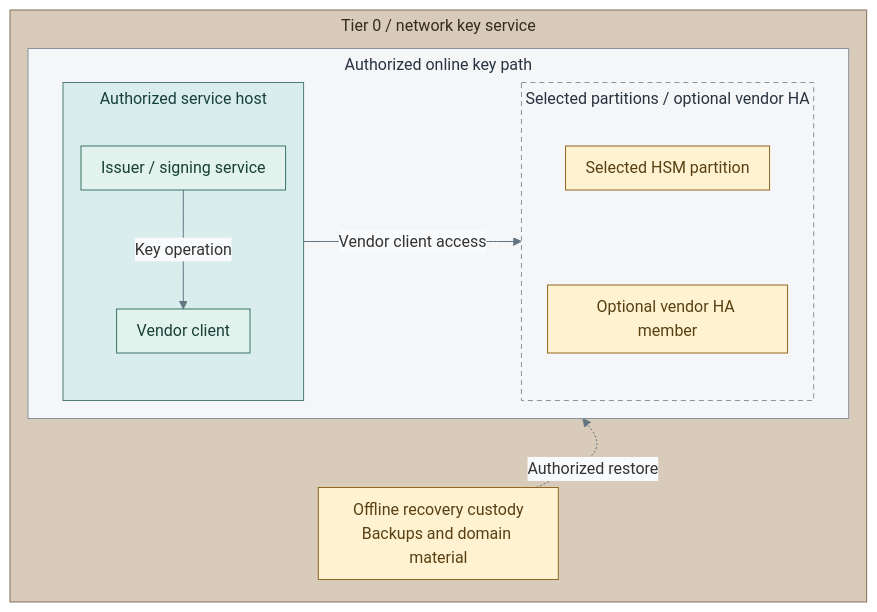
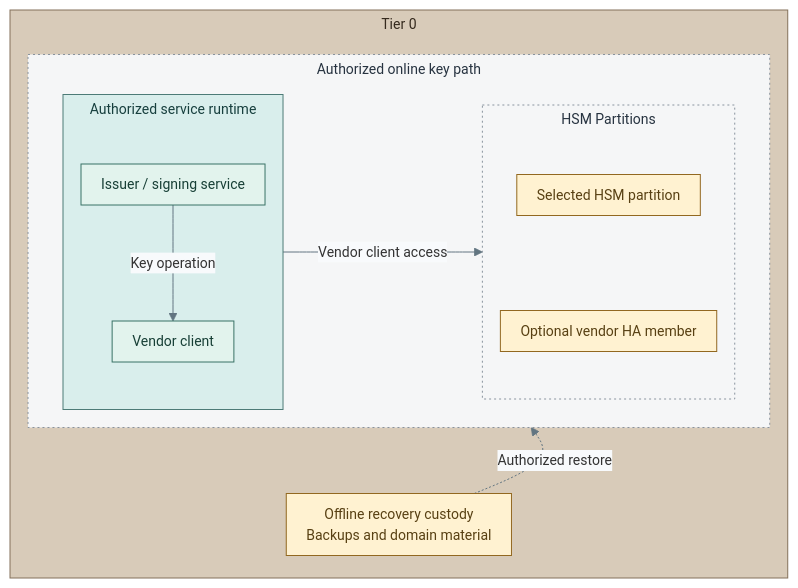
The fourth of 4 diagrams in docs/01-architecture/08-cryptography/03-hsm-selection.md (Rexus/homelab), drawn with Mermaid before and after one commit. The commit also changed other lines of this file and 124 other files, not shown here.

First line of the commit message:
fix(platform): align service diagrams and directory failover

````diff
--- a/docs/01-architecture/08-cryptography/03-hsm-selection.md
+++ b/docs/01-architecture/08-cryptography/03-hsm-selection.md
@@ -155,39 +155,39 @@
 ```mermaid
-%%{init: {"theme":"base","flowchart":{"nodeSpacing":16,"rankSpacing":20,"padding":10,"subGraphTitleMargin":{"top":4,"bottom":12}},"themeVariables":{"lineColor":"#627581","edgeLabelBackground":"#f8fafc"}}}%%
+%%{init: {"theme":"base","flowchart":{"nodeSpacing":16,"rankSpacing":20,"padding":10,"subGraphTitleMargin":{"top":4,"bottom":18}},"themeVariables":{"lineColor":"#627581","edgeLabelBackground":"#f8fafc","fontFamily":"Arial, sans-serif","fontSize":"14px"},"fontFamily":"Arial, sans-serif"}}%%
 flowchart TB
-  subgraph T0["Tier 0 / network key service"]
+  subgraph T0["Tier 0"]
     direction TB
     subgraph Connected["Authorized online key path"]
       direction LR
-      subgraph Host["Authorized service host"]
+      subgraph Runtime["Authorized service runtime"]
         direction TB
         Service["Issuer / signing service"]
         Client["Vendor client"]
         Service -->|Key operation| Client
       end
-      subgraph Appliances["Selected partitions / optional vendor HA"]
+      subgraph Appliances["HSM Partitions"]
         direction TB
         PartitionA["Selected HSM partition"]
         PartitionB["Optional vendor HA member"]
         PartitionA ~~~ PartitionB
       end
-      Host -->|Vendor client access| Appliances
+      Runtime -->|Vendor client access| Appliances
     end
     Recovery["Offline recovery custody<br/>Backups and domain material"]
     Connected ~~~ Recovery
     Recovery -. Authorized restore .-> Connected
   end
   classDef default fill:#f8fafc,stroke:#64748b,color:#1f2937
   classDef tier0 fill:#d8cbb9,stroke:#83715a,color:#352a1e
-  classDef group fill:#f5f6f7,stroke:#89939e,color:#273340
+  classDef group fill:#f5f6f7,stroke:#89939e,color:#273340,stroke-dasharray:2 3
   classDef runtime fill:#d9eeec,stroke:#4d7b77,color:#173f3e
-  classDef replicas fill:#f5f6f7,stroke:#89939e,color:#273340,stroke-dasharray:5 4
+  classDef replicas fill:#f5f6f7,stroke:#89939e,color:#273340,stroke-dasharray:2 3
   classDef control fill:#e2f3ed,stroke:#397366,color:#173f36
   classDef custody fill:#fff2d1,stroke:#926820,color:#584013
   class T0 tier0
   class Connected group
-  class Host runtime
+  class Runtime runtime
   class Appliances replicas
   class Service,Client control
   class PartitionA,PartitionB,Recovery custody
 ```
````
